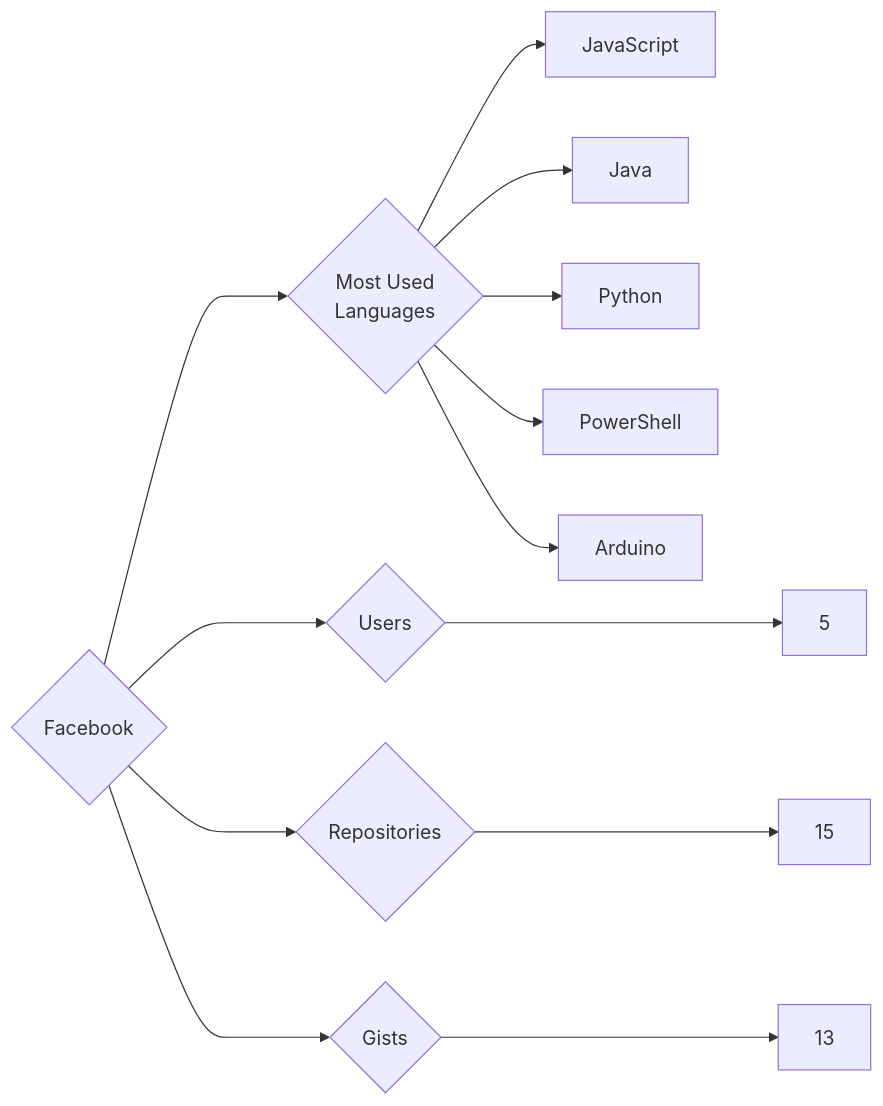
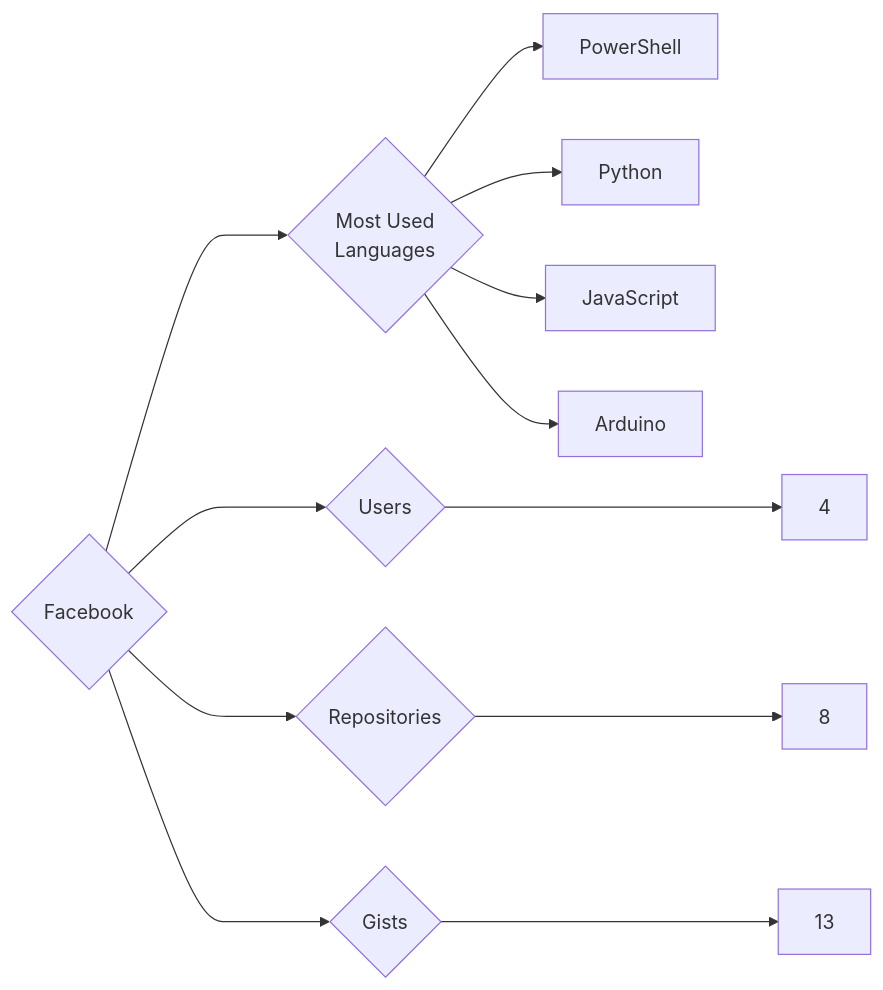
Before and after one commit to trickest/insiders: the diagram in targets/Facebook/README.md, drawn with Mermaid. The commit also changed 1055 other files, not shown here.

````diff
--- a/targets/Facebook/README.md
+++ b/targets/Facebook/README.md
@@ -3,13 +3,12 @@
 ```mermaid
 graph LR
 COMPANY_NAME{Facebook}
-COMPANY_NAME ---> U{Users} ---> UN[5]
-COMPANY_NAME ---> R{Repositories} ---> RN[15]
+COMPANY_NAME ---> U{Users} ---> UN[4]
+COMPANY_NAME ---> R{Repositories} ---> RN[8]
 COMPANY_NAME ---> G{Gists} ---> GN[13]
 COMPANY_NAME ---> ML{Most Used<br>Languages}
+ML --> PowerShell[PowerShell]
+ML --> Python[Python]
 ML --> JavaScript[JavaScript]
-ML --> Java[Java]
-ML --> Python[Python]
-ML --> PowerShell[PowerShell]
 ML --> Arduino[Arduino]
 ```
````
